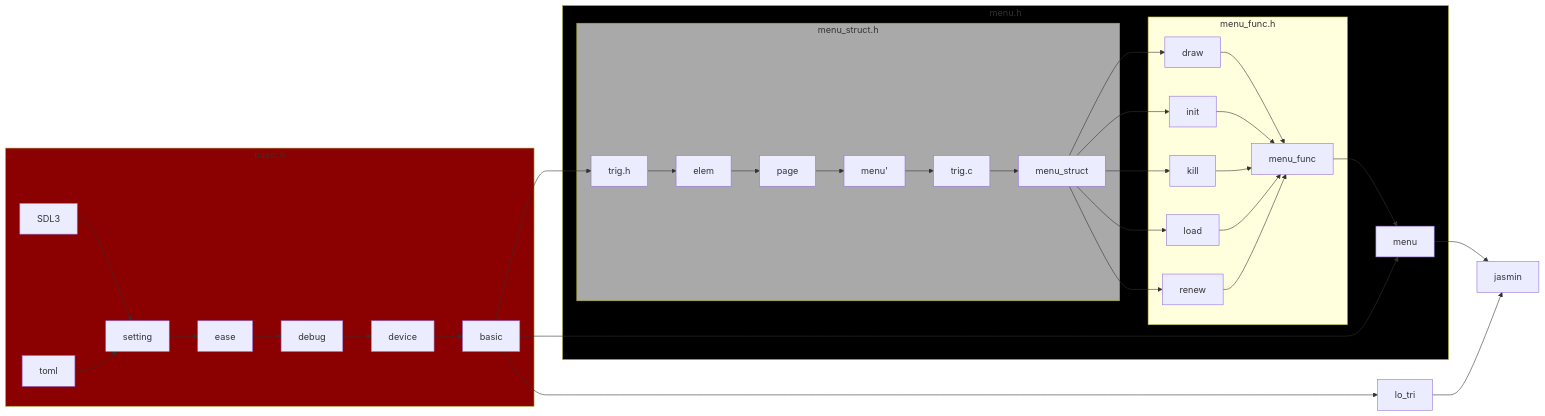
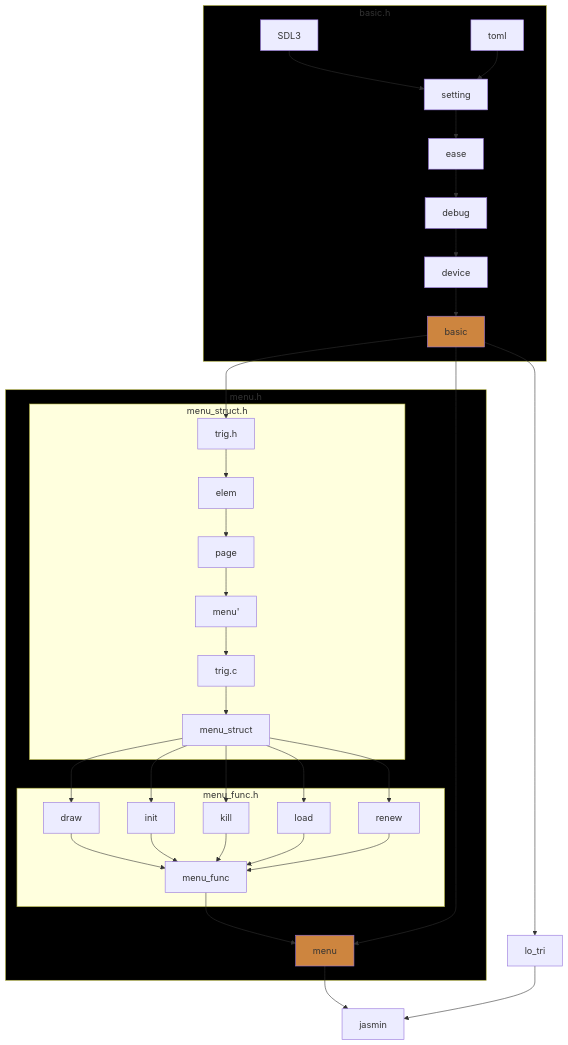
Before and after one commit to ShilianShen/Jasmin: the diagram in src/jasmin/README.md, drawn with Mermaid. The commit also changed other lines of this file, not shown here.

Commit message:
update jasmin

````diff
--- a/src/jasmin/README.md
+++ b/src/jasmin/README.md
@@ -15,25 +19,28 @@
 ```mermaid
-graph LR
+graph TB
     subgraph basic.h
         SDL3 --> setting
         toml --> setting --> ease --> debug --> device --> basic
     end
-    style basic.h fill: darkred
+    style basic.h fill: black
+    style basic fill: peru
+
     subgraph menu.h
         subgraph menu_struct.h
             basic --> trig.h --> elem --> page --> menu' --> trig.c --> menu_struct
         end
-        style menu_struct.h fill: darkgray
         subgraph menu_func.h
             menu_struct --> draw --> menu_func
             menu_struct --> init --> menu_func
             menu_struct --> kill --> menu_func
             menu_struct --> load --> menu_func
             menu_struct --> renew --> menu_func
         end
         menu_func --> menu
     end
     style menu.h fill: black
+    style menu fill: peru
+
     basic --> menu --> jasmin
     basic --> lo_tri --> jasmin
 ```
````
